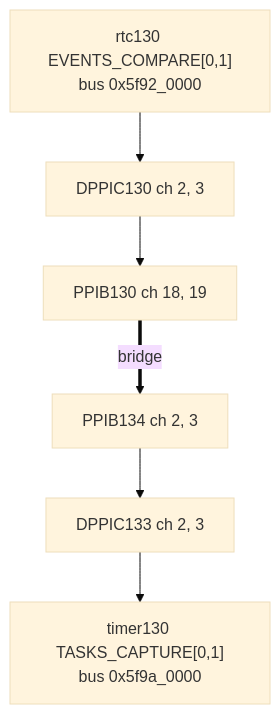
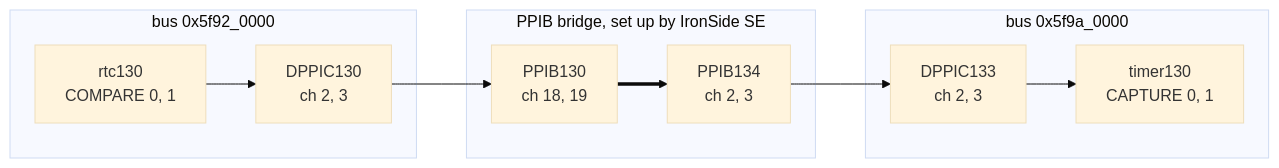
The second of 4 diagrams in README.md (droidecahedron/lfclk_probe), drawn with Mermaid (base theme) before and after one commit. The commit also changed other lines of this file, not shown here.

````diff
--- a/README.md
+++ b/README.md
@@ -49,9 +48,14 @@
 ```mermaid
-flowchart TD
-    rtc["rtc130 EVENTS_COMPARE[0,1]<br/>bus 0x5f92_0000"] --> d130["DPPIC130 ch 2, 3"]
-    d130 --> p130["PPIB130 ch 18, 19"]
-    %% IronSide SE sets up the bridge from UICR
-    p130 ==>|bridge| p134["PPIB134 ch 2, 3"]
-    p134 --> d133["DPPIC133 ch 2, 3"]
-    d133 --> tmr["timer130 TASKS_CAPTURE[0,1]<br/>bus 0x5f9a_0000"]
+flowchart LR
+    subgraph busA["bus 0x5f92_0000"]
+        rtc["rtc130<br/>COMPARE 0, 1"] --> d130["DPPIC130<br/>ch 2, 3"]
+    end
+    subgraph bridge["PPIB bridge, set up by IronSide SE"]
+        p130["PPIB130<br/>ch 18, 19"] ==> p134["PPIB134<br/>ch 2, 3"]
+    end
+    subgraph busB["bus 0x5f9a_0000"]
+        d133["DPPIC133<br/>ch 2, 3"] --> tmr["timer130<br/>CAPTURE 0, 1"]
+    end
+    d130 --> p130
+    p134 --> d133
 ```
````
